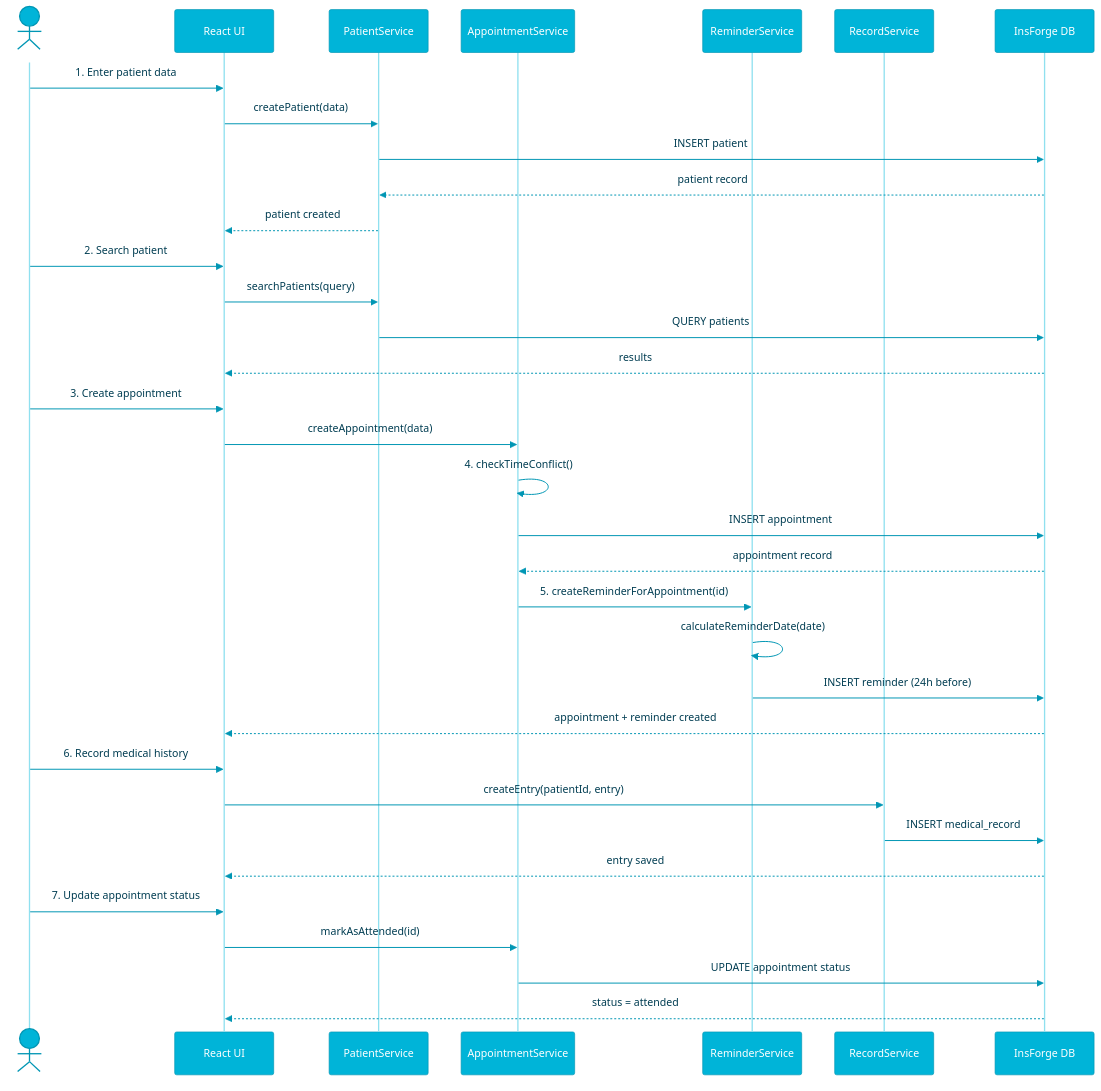
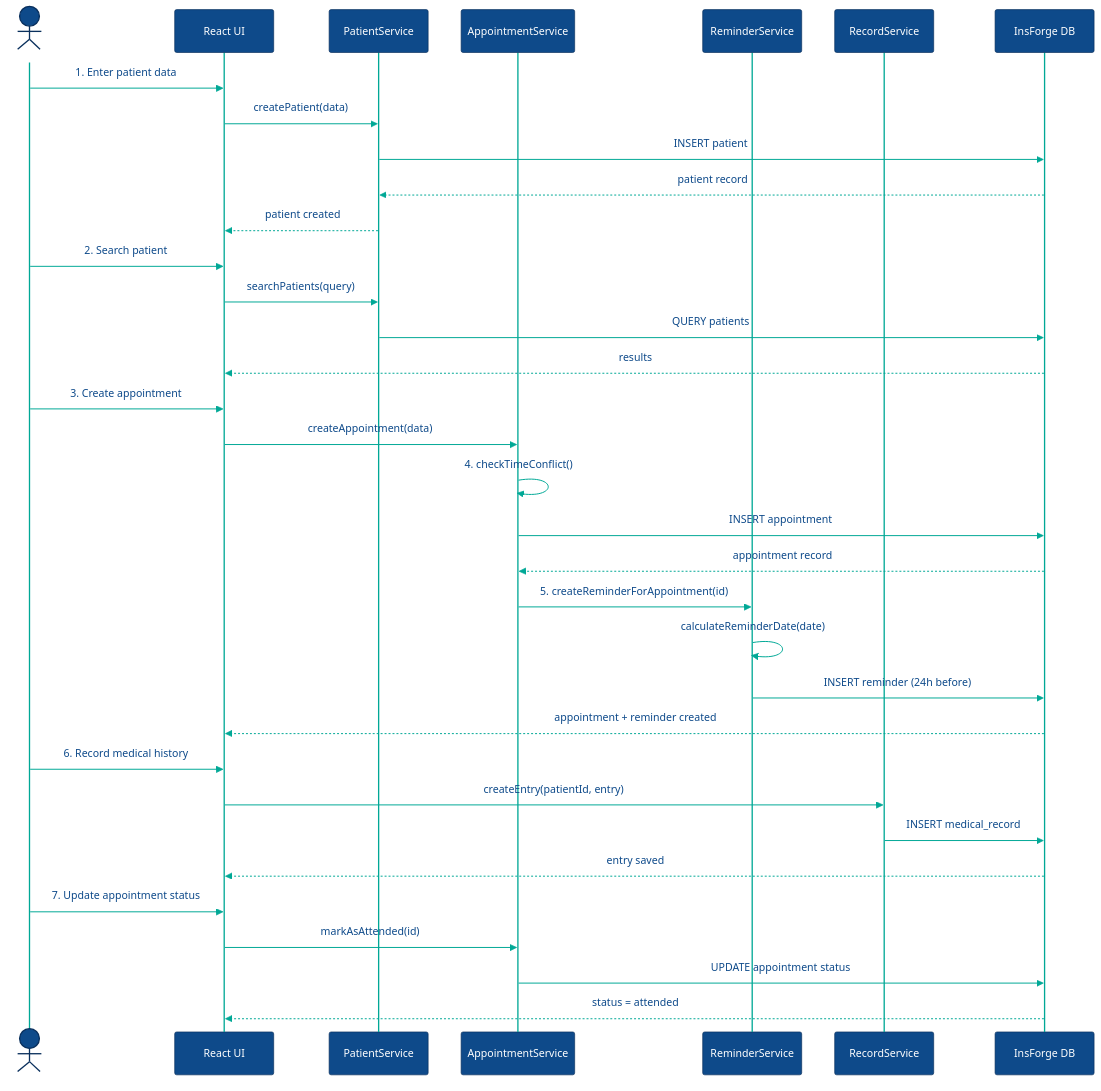
Before and after one commit to juradoger/medil-crm: the fourth of 4 diagrams in docs/01-arquitectura.md, drawn with Mermaid. The commit also changed other lines of this file and 7 other files, not shown here.

First line of the commit message:
docs: README profesional bilingue con logo, diagramas ilustrados y paleta de marca

````diff
--- a/docs/01-arquitectura.md
+++ b/docs/01-arquitectura.md
@@ -212,43 +212,43 @@
 ```mermaid
-%%{init: {'theme': 'base', 'themeVariables': {'actorBkg': '#00B4D8', 'actorBorder': '#0096B4', 'actorTextColor': '#ffffff', 'actorLineColor': '#90E0EF', 'signalColor': '#0096B4', 'signalTextColor': '#003d52', 'labelBoxBkgColor': '#CAF0F8', 'labelBoxBorderColor': '#00B4D8', 'labelTextColor': '#003d52', 'noteBkgColor': '#CAF0F8', 'noteBorderColor': '#00B4D8'}}}%%
+%%{init: {'theme': 'base', 'themeVariables': {'actorBkg': '#0E4A8A', 'actorBorder': '#092f5c', 'actorTextColor': '#ffffff', 'actorLineColor': '#00A896', 'signalColor': '#00A896', 'signalTextColor': '#0E4A8A', 'labelBoxBkgColor': '#d6e8f7', 'labelBoxBorderColor': '#0E4A8A', 'labelTextColor': '#0E4A8A', 'noteBkgColor': '#fff9d6', 'noteBorderColor': '#FFD100'}}}%%
 sequenceDiagram
     actor Op as Operator
     participant UI as React UI
     participant PatSvc as PatientService
     participant AptSvc as AppointmentService
     participant RemSvc as ReminderService
     participant RecSvc as RecordService
     participant DB as InsForge DB
 
     Op->>UI: 1. Enter patient data
     UI->>PatSvc: createPatient(data)
     PatSvc->>DB: INSERT patient
     DB-->>PatSvc: patient record
     PatSvc-->>UI: patient created
 
     Op->>UI: 2. Search patient
     UI->>PatSvc: searchPatients(query)
     PatSvc->>DB: QUERY patients
     DB-->>UI: results
 
     Op->>UI: 3. Create appointment
     UI->>AptSvc: createAppointment(data)
     AptSvc->>AptSvc: 4. checkTimeConflict()
     AptSvc->>DB: INSERT appointment
     DB-->>AptSvc: appointment record
 
     AptSvc->>RemSvc: 5. createReminderForAppointment(id)
     RemSvc->>RemSvc: calculateReminderDate(date)
     RemSvc->>DB: INSERT reminder (24h before)
     DB-->>UI: appointment + reminder created
 
     Op->>UI: 6. Record medical history
     UI->>RecSvc: createEntry(patientId, entry)
     RecSvc->>DB: INSERT medical_record
     DB-->>UI: entry saved
 
     Op->>UI: 7. Update appointment status
     UI->>AptSvc: markAsAttended(id)
     AptSvc->>DB: UPDATE appointment status
     DB-->>UI: status = attended
 ```
````
